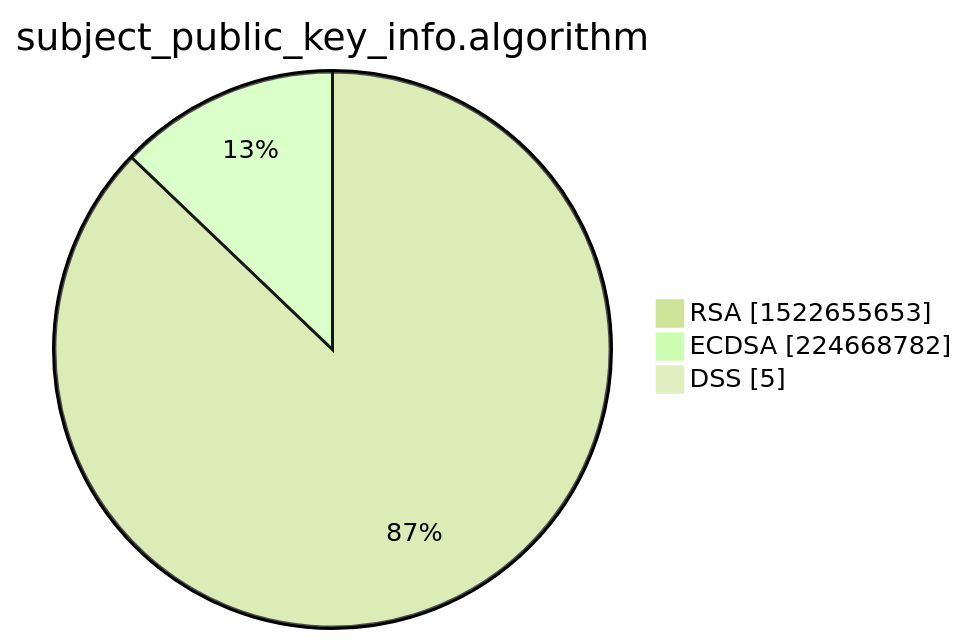
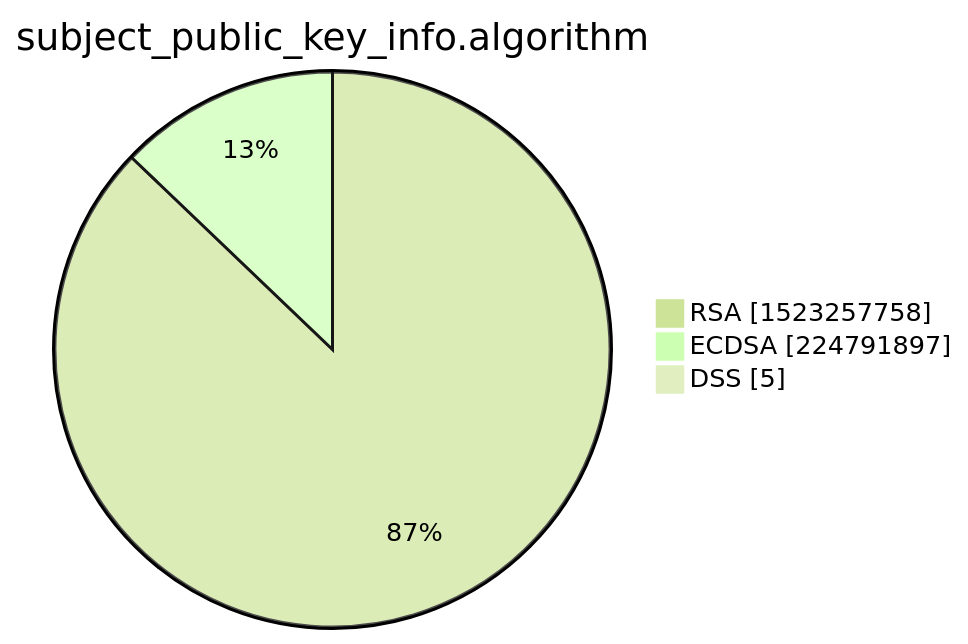
One commit to christiankrug/ctmonitor_visualization changed the third of 15 diagrams in xenon2022/README.md. Above: the diagram before and after it, drawn with Mermaid (forest theme). The commit also changed other lines of this file, not shown here.

````diff
--- a/xenon2022/README.md
+++ b/xenon2022/README.md
@@ -14,7 +14,7 @@
 ```mermaid
 pie showData
 title subject_public_key_info.algorithm
-"RSA" :1522655653
-"ECDSA" :224668782
+"RSA" :1523257758
+"ECDSA" :224791897
 "DSS" :5
 ```
````
